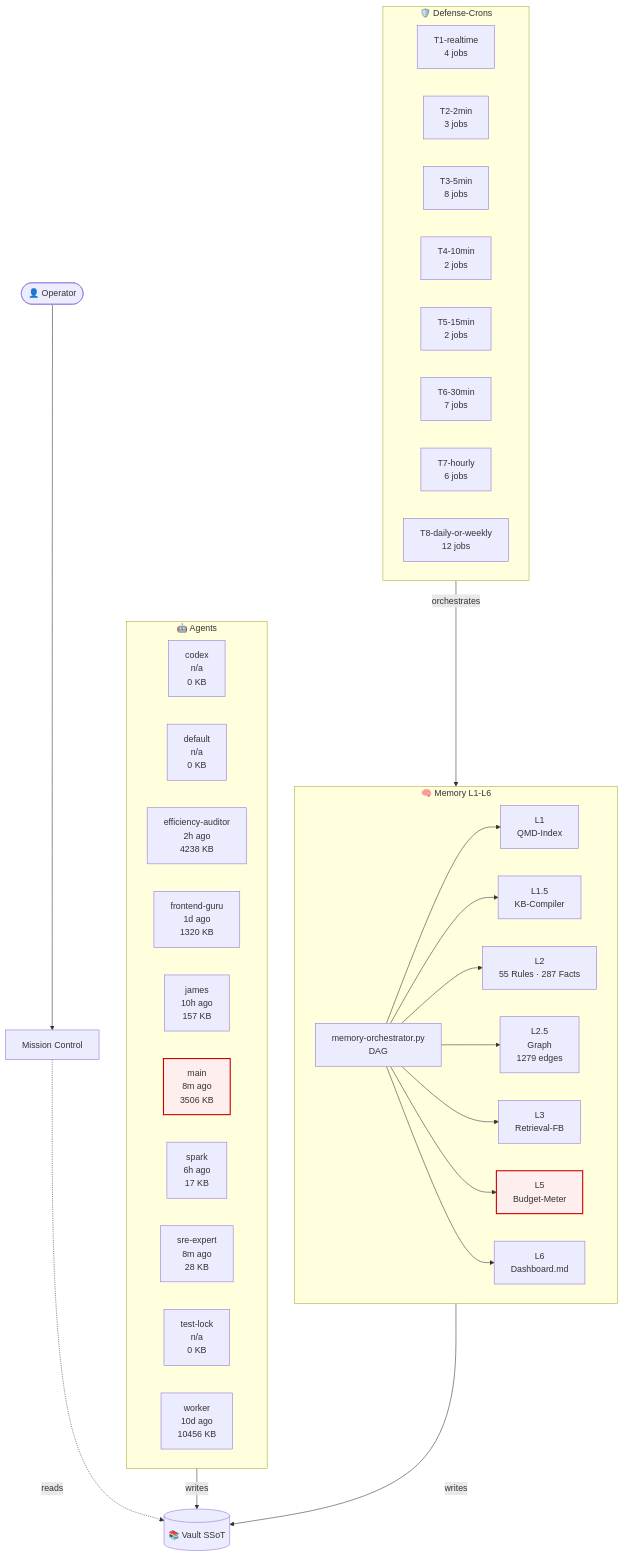
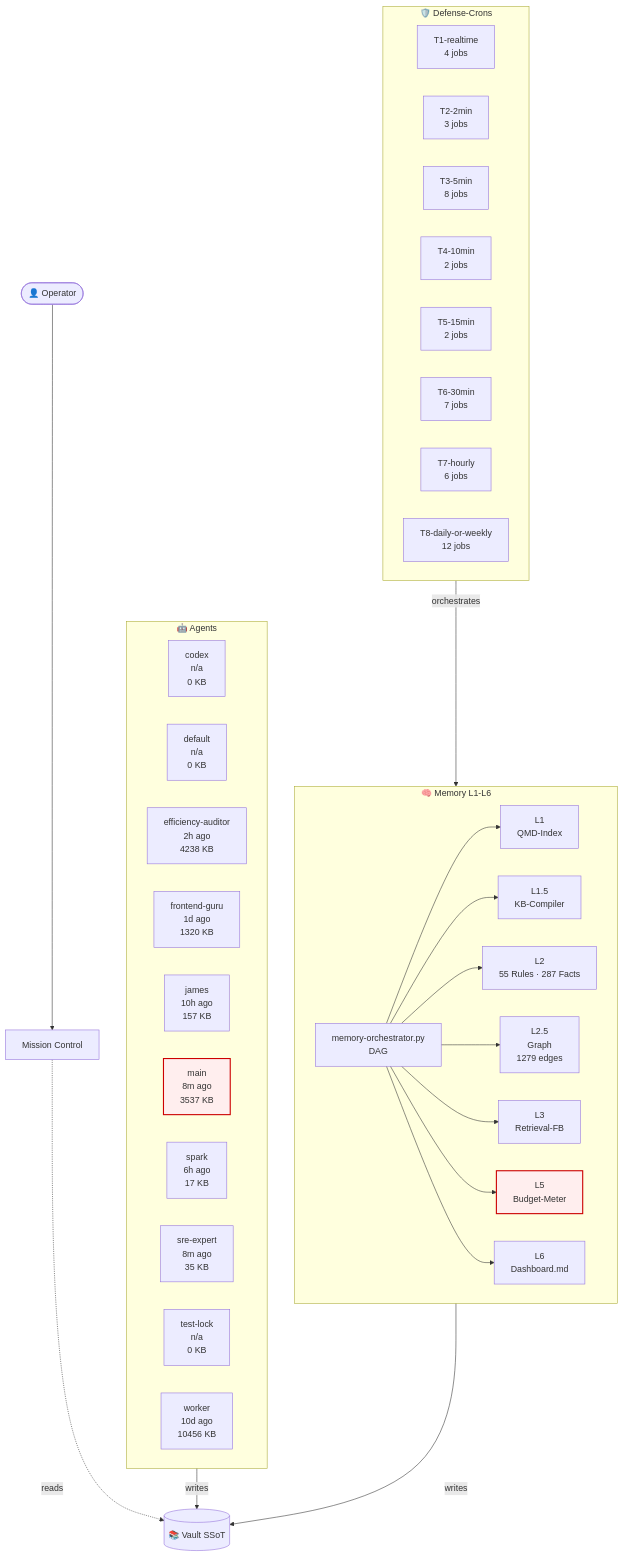
Before and after one commit to lenardhuebner88-rgb/openclaw-memory: the diagram in 03-Agents/architecture-live.md, drawn with Mermaid. The commit also changed other lines of this file and 12 other files, not shown here.

````diff
--- a/03-Agents/architecture-live.md
+++ b/03-Agents/architecture-live.md
@@ -18,53 +18,53 @@
 ```mermaid
 flowchart TB
     classDef critical fill:#fee,stroke:#c00,stroke-width:2px;
     subgraph AGT["🤖 Agents"]
         agent_codex["codex<br/>n/a<br/>0 KB"]
         agent_default["default<br/>n/a<br/>0 KB"]
         agent_efficiency_auditor["efficiency-auditor<br/>2h ago<br/>4238 KB"]
         agent_frontend_guru["frontend-guru<br/>1d ago<br/>1320 KB"]
         agent_james["james<br/>10h ago<br/>157 KB"]
-        agent_main["main<br/>8m ago<br/>3506 KB"]
+        agent_main["main<br/>8m ago<br/>3537 KB"]
         agent_spark["spark<br/>6h ago<br/>17 KB"]
-        agent_sre_expert["sre-expert<br/>8m ago<br/>28 KB"]
+        agent_sre_expert["sre-expert<br/>8m ago<br/>35 KB"]
         agent_test_lock["test-lock<br/>n/a<br/>0 KB"]
         agent_worker["worker<br/>10d ago<br/>10456 KB"]
     end
     subgraph MEM["🧠 Memory L1-L6"]
         L1["L1<br/>QMD-Index"]
         L15["L1.5<br/>KB-Compiler"]
         L2["L2<br/>55 Rules · 287 Facts"]
         L25["L2.5<br/>Graph<br/>1279 edges"]
         L3["L3<br/>Retrieval-FB"]
         L5["L5<br/>Budget-Meter"]
         L6["L6<br/>Dashboard.md"]
         ORCH["memory-orchestrator.py<br/>DAG"]
     end
     subgraph CRN["🛡️ Defense-Crons"]
         tier_T1_realtime["T1-realtime<br/>4 jobs"]
         tier_T2_2min["T2-2min<br/>3 jobs"]
         tier_T3_5min["T3-5min<br/>8 jobs"]
         tier_T4_10min["T4-10min<br/>2 jobs"]
         tier_T5_15min["T5-15min<br/>2 jobs"]
         tier_T6_30min["T6-30min<br/>7 jobs"]
         tier_T7_hourly["T7-hourly<br/>6 jobs"]
         tier_T8_daily_or_weekly["T8-daily-or-weekly<br/>12 jobs"]
     end
     VAULT[("📚 Vault SSoT")]
     OP([👤 Operator])
     MC["Mission Control"]
     OP --> MC
     MC -.reads.-> VAULT
     AGT -->|writes| VAULT
     MEM -->|writes| VAULT
     ORCH --> L1
     ORCH --> L15
     ORCH --> L2
     ORCH --> L25
     ORCH --> L3
     ORCH --> L5
     ORCH --> L6
     CRN -->|orchestrates| MEM
     class L5 critical
     class agent_main critical
 ```
````
